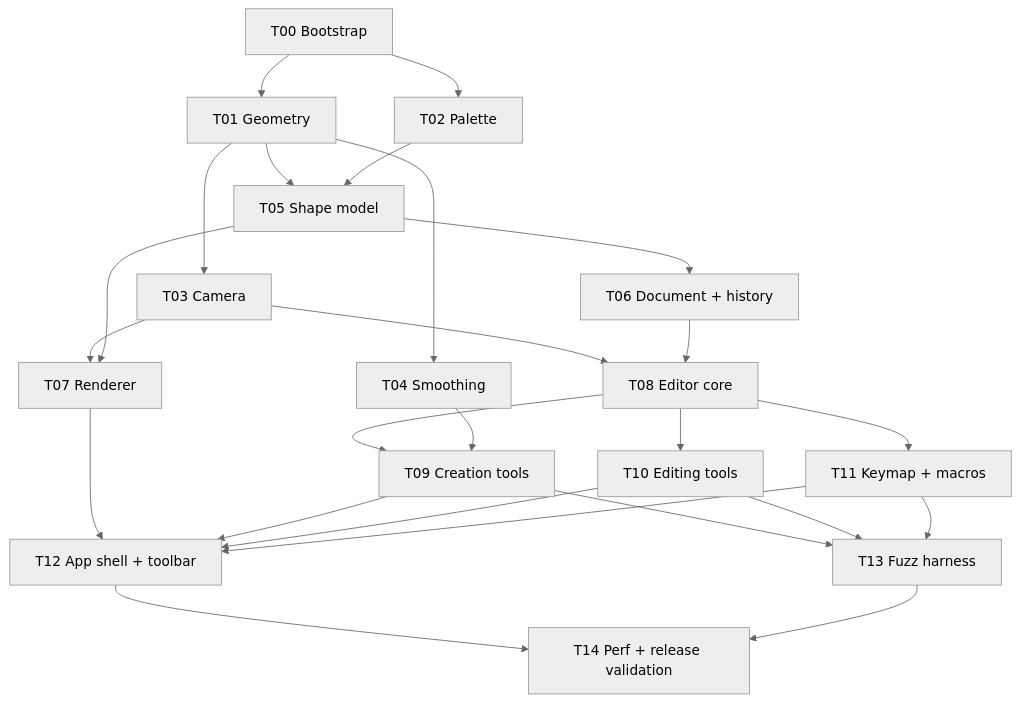
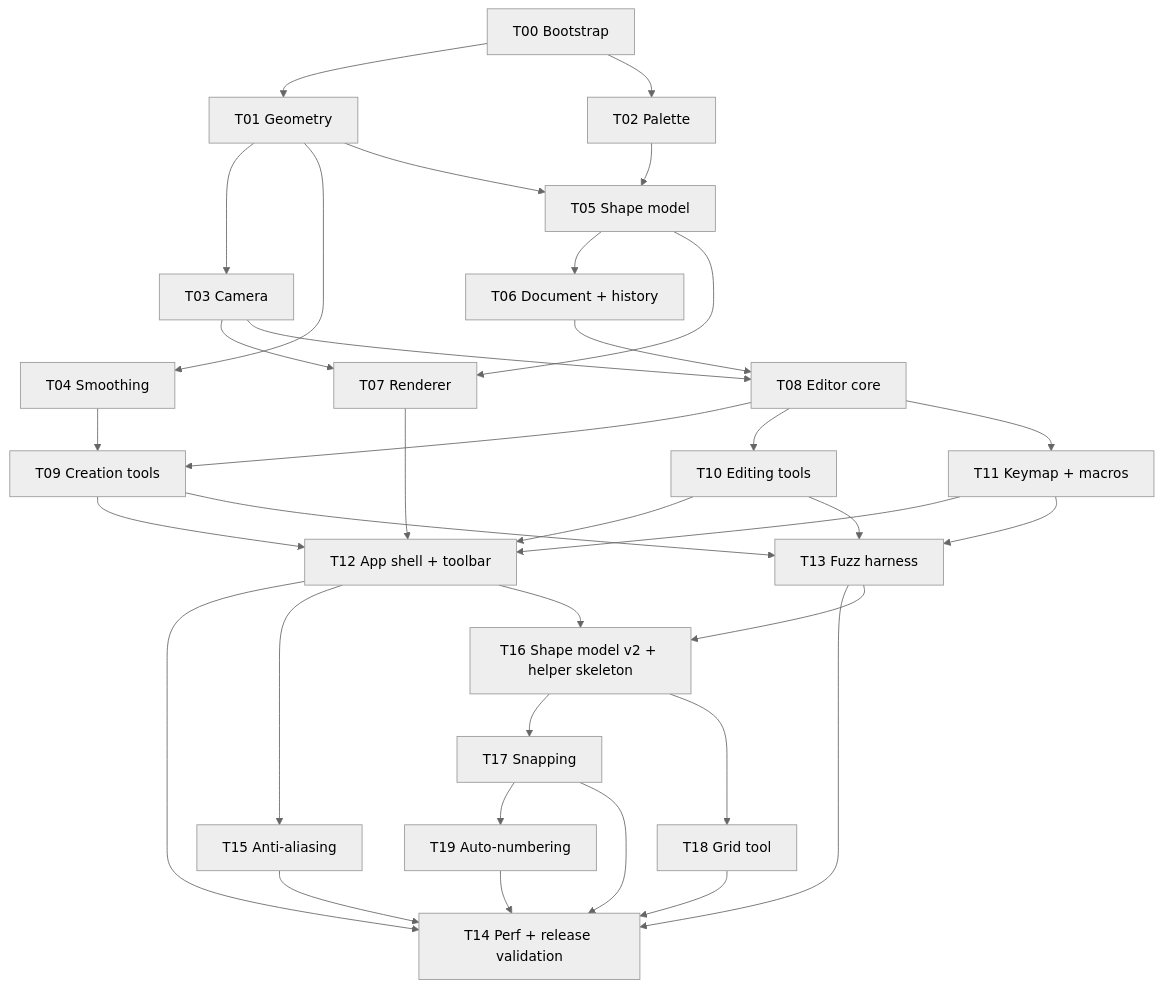
One commit to UmBender/draw changed the diagram in docs/tasks/Task Board.md. Above: the diagram before and after it, drawn with Mermaid (neutral theme). The commit also changed other lines of this file and 8 other files, not shown here.

````diff
--- a/docs/tasks/Task Board.md
+++ b/docs/tasks/Task Board.md
@@ -12,27 +12,37 @@
 ```mermaid
 flowchart TD
   T00[T00 Bootstrap] --> T01[T01 Geometry]
   T00 --> T02[T02 Palette]
   T01 --> T03[T03 Camera]
   T01 --> T04[T04 Smoothing]
   T01 --> T05[T05 Shape model]
   T02 --> T05
   T05 --> T06[T06 Document + history]
   T03 --> T07[T07 Renderer]
   T05 --> T07
   T03 --> T08[T08 Editor core]
   T06 --> T08
   T08 --> T09[T09 Creation tools]
   T04 --> T09
   T08 --> T10[T10 Editing tools]
   T08 --> T11[T11 Keymap + macros]
   T07 --> T12[T12 App shell + toolbar]
   T09 --> T12
   T10 --> T12
   T11 --> T12
   T09 --> T13[T13 Fuzz harness]
   T10 --> T13
   T11 --> T13
   T12 --> T14[T14 Perf + release validation]
   T13 --> T14
+  T12 --> T15[T15 Anti-aliasing]
+  T12 --> T16[T16 Shape model v2 + helper skeleton]
+  T13 --> T16
+  T16 --> T17[T17 Snapping]
+  T16 --> T18[T18 Grid tool]
+  T17 --> T19[T19 Auto-numbering]
+  T15 --> T14
+  T17 --> T14
+  T18 --> T14
+  T19 --> T14
 ```
````
